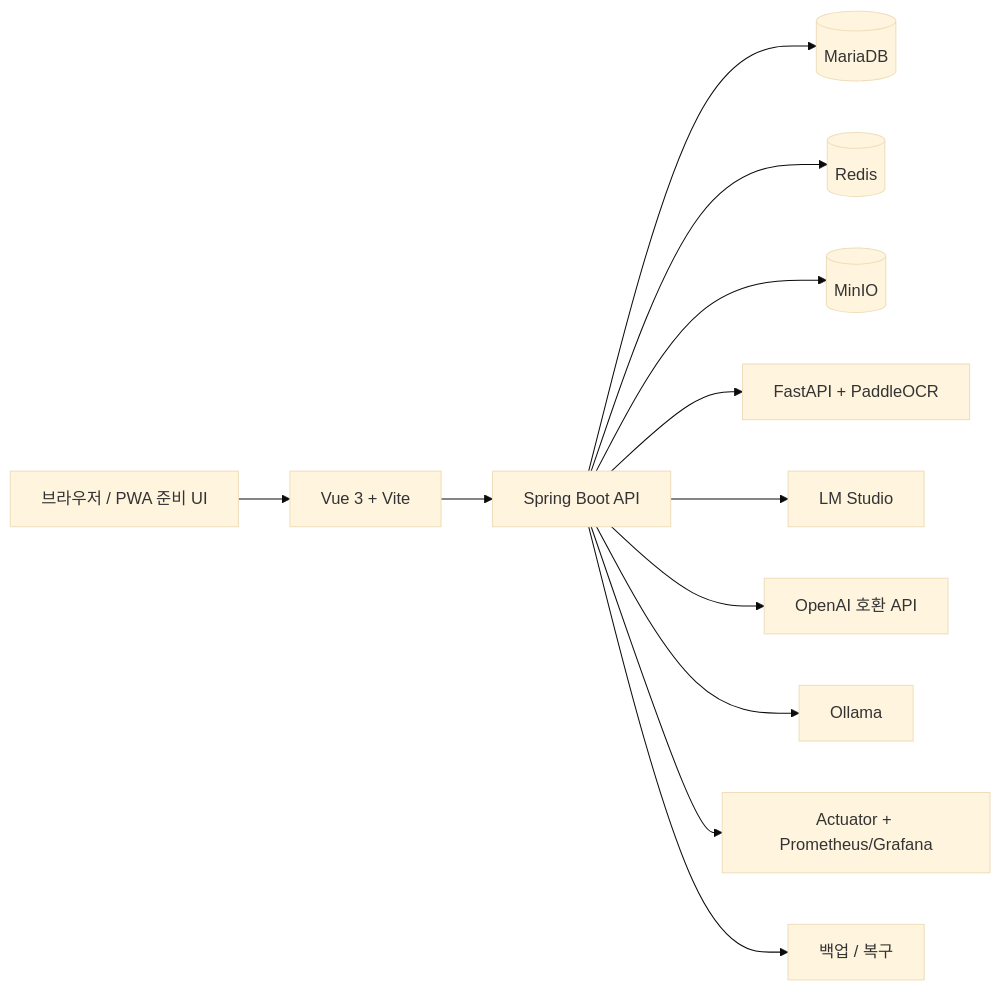
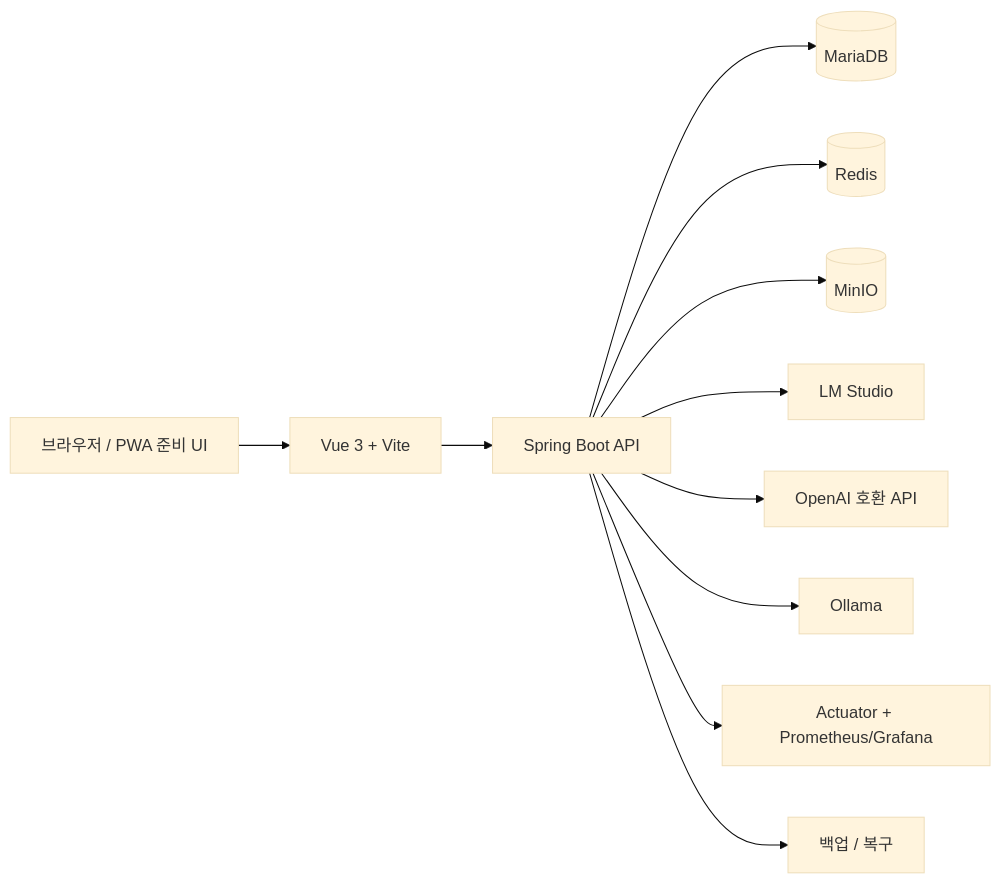
The first of 2 diagrams in README.md (chefbeom/TravelLedger), drawn with Mermaid (base theme) before and after one commit. The commit also changed other lines of this file and 97 other files, not shown here.

````diff
--- a/README.md
+++ b/README.md
@@ -70,17 +70,16 @@
 ```mermaid
 flowchart LR
     U[브라우저 / PWA 준비 UI] --> F[Vue 3 + Vite]
     F --> B[Spring Boot API]
 
     B --> DB[(MariaDB)]
     B --> R[(Redis)]
     B --> M[(MinIO)]
 
-    B --> OCR[FastAPI + PaddleOCR]
     B --> AI1[LM Studio]
     B --> AI2[OpenAI 호환 API]
     B --> AI3[Ollama]
 
     B --> OBS[Actuator + Prometheus/Grafana]
     B --> BK[백업 / 복구]
 ```
````
